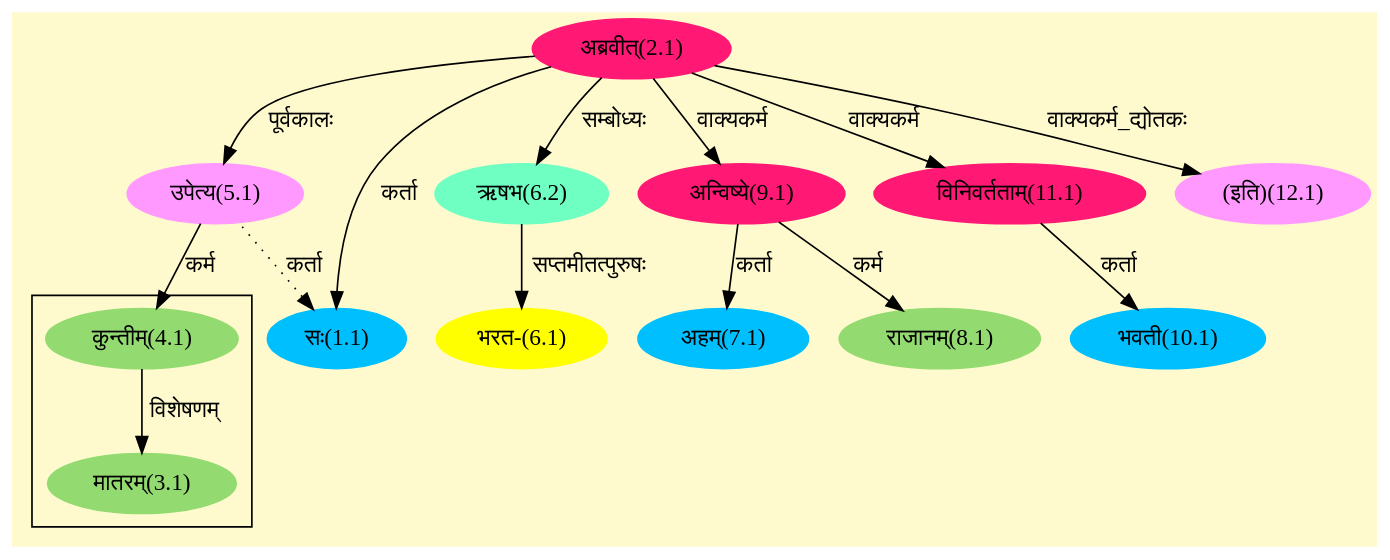
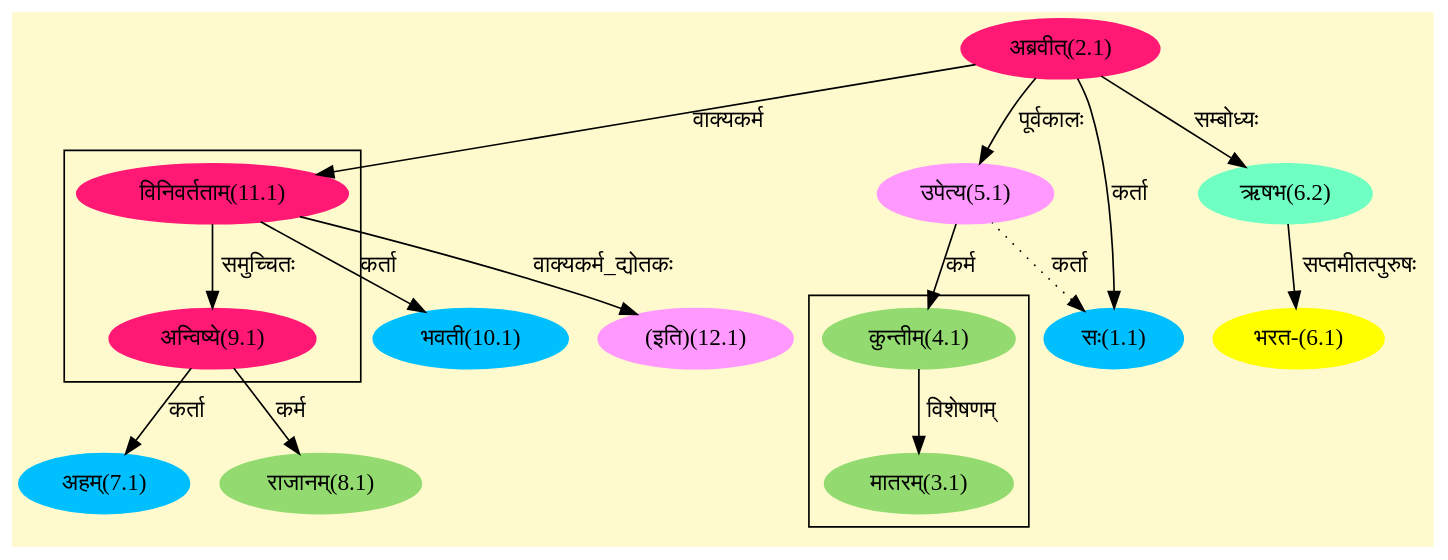
Before and after one commit to ska-mahe-blr/ska-ereader.github.io: the diagram in assets/graphs/22_007_1.dot, drawn with Graphviz. The commit also changed 674 other files, not shown here.

```diff
--- a/assets/graphs/22_007_1.dot
+++ b/assets/graphs/22_007_1.dot
@@ -1,39 +1,45 @@
 digraph G{
 rankdir=BT;
  compound=true;
  bgcolor="lemonchiffon1";
 
 subgraph cluster_1{
 Node3_1 [style=filled, color="#93DB70" label = "मातरम्(3.1)"]
 Node4_1 [style=filled, color="#93DB70" label = "कुन्तीम्(4.1)"]
+
+}
+
+subgraph cluster_2{
+Node9_1 [style=filled, color="#FF1975" label = "अन्विष्ये(9.1)"]
+Node11_1 [style=filled, color="#FF1975" label = "विनिवर्तताम्(11.1)"]
 
 }
 Node1_1 [style=filled, color="#00BFFF" label = "सः(1.1)"]
 Node2_1 [style=filled, color="#FF1975" label = "अब्रवीत्(2.1)"]
 Node5_1 [style=filled, color="#FF99FF" label = "उपेत्य(5.1)"]
 Node [style=filled, color="" label = "()"]
 Node4_1 [style=filled, color="#93DB70" label = "कुन्तीम्(4.1)"]
 Node6_1 [style=filled, color="#FFFF00" label = "भरत-(6.1)"]
 Node6_2 [style=filled, color="#6FFFC3" label = "ऋषभ(6.2)"]
 Node7_1 [style=filled, color="#00BFFF" label = "अहम्(7.1)"]
 Node9_1 [style=filled, color="#FF1975" label = "अन्विष्ये(9.1)"]
 Node8_1 [style=filled, color="#93DB70" label = "राजानम्(8.1)"]
 Node10_1 [style=filled, color="#00BFFF" label = "भवती(10.1)"]
 Node11_1 [style=filled, color="#FF1975" label = "विनिवर्तताम्(11.1)"]
 Node12_1 [style=filled, color="#FF99FF" label = "(इति)(12.1)"]
 /* Start of Relations section */
 
 Node1_1 -> Node2_1 [  label="कर्ता"  dir="back" ]
 Node1_1 -> Node5_1 [ style=dotted label="कर्ता"  dir="back" ]
 Node3_1 -> Node4_1 [  label="विशेषणम्"  dir="back" ]
 Node4_1 -> Node5_1 [  label="कर्म"  dir="back" ]
 Node5_1 -> Node2_1 [  label="पूर्वकालः"  dir="back" ]
 Node6_1 -> Node6_2 [  label="सप्तमीतत्पुरुषः"  dir="back" ]
 Node6_2 -> Node2_1 [  label="सम्बोध्यः"  dir="back" ]
 Node7_1 -> Node9_1 [  label="कर्ता"  dir="back" ]
 Node8_1 -> Node9_1 [  label="कर्म"  dir="back" ]
-Node9_1 -> Node2_1 [  label="वाक्यकर्म"  dir="back" ]
+Node9_1 -> Node11_1 [  label="समुच्चितः"  dir="back" ]
 Node10_1 -> Node11_1 [  label="कर्ता"  dir="back" ]
 Node11_1 -> Node2_1 [  label="वाक्यकर्म"  dir="back" ]
-Node12_1 -> Node2_1 [  label="वाक्यकर्म_द्योतकः"  dir="back" ]
+Node12_1 -> Node11_1 [  label="वाक्यकर्म_द्योतकः"  dir="back" ]
 }
```
